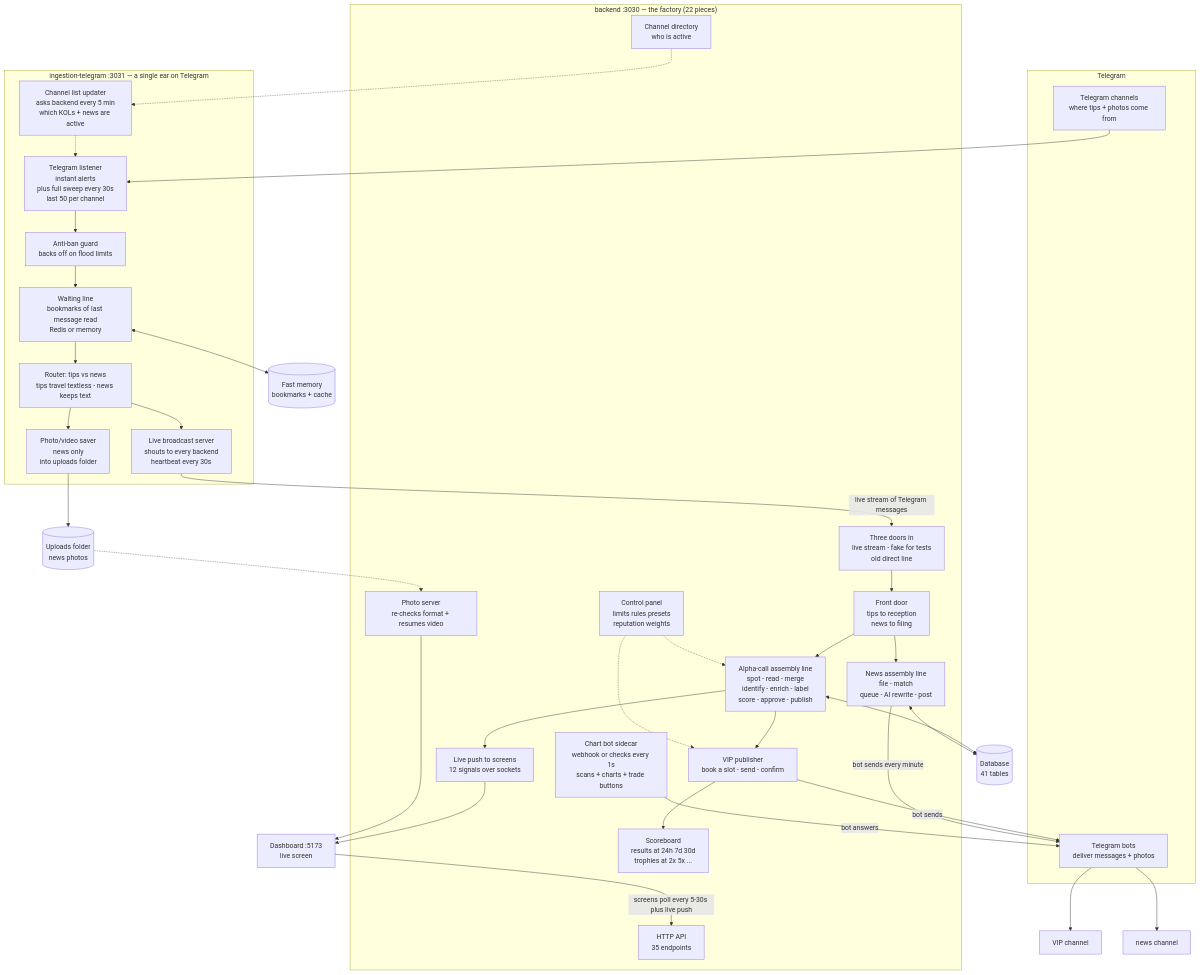
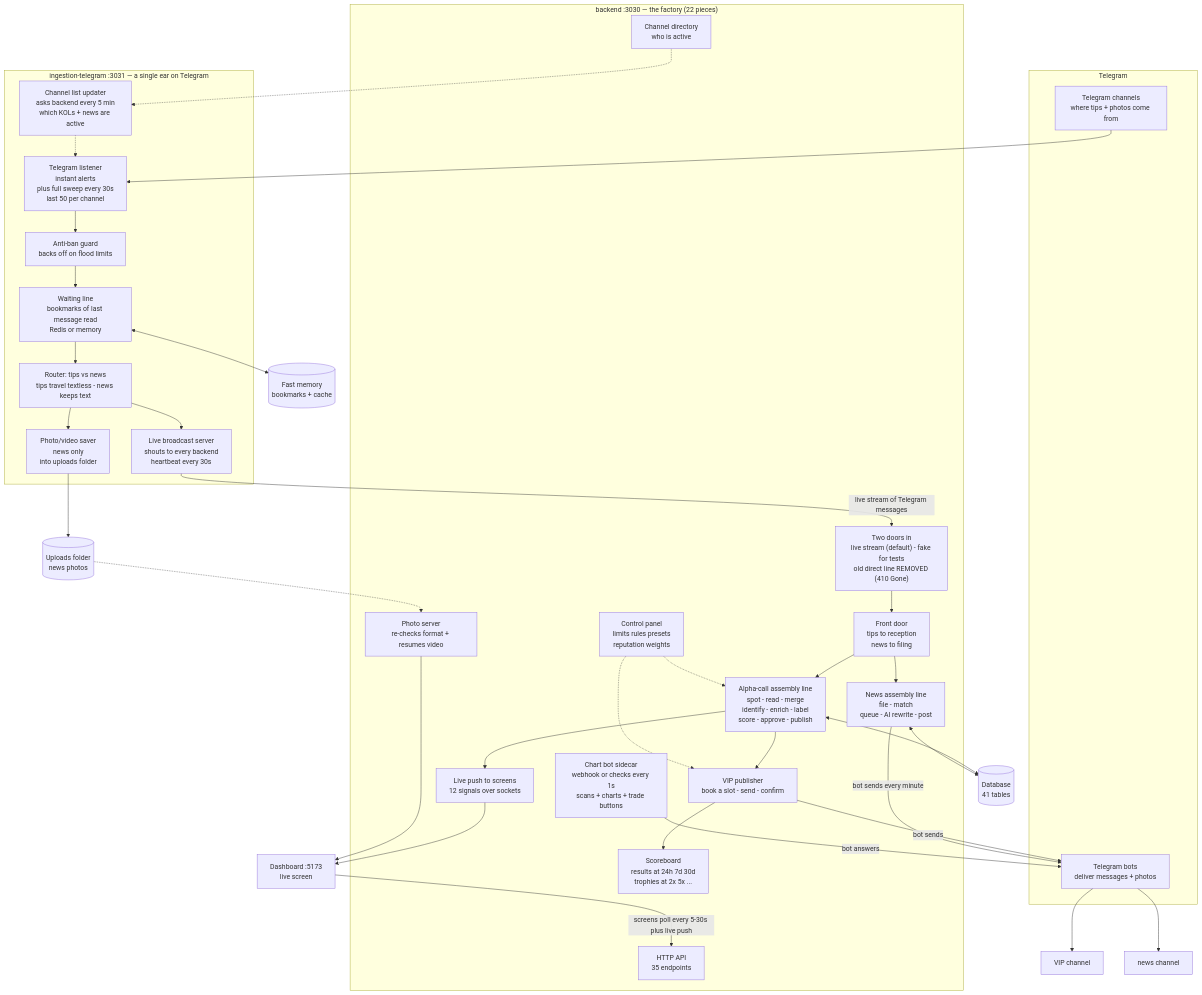
Before and after one commit to bryanstevensacosta/onchain-bot: the first of 5 diagrams in README.md, drawn with Mermaid. The commit also changed other lines of this file and 5 other files, not shown here.

Commit message:
feat(ingestion): default SSE y MTProto a 410 Gone

````diff
--- a/README.md
+++ b/README.md
@@ -89,59 +89,59 @@
 ```mermaid
 flowchart TB
     subgraph TG["Telegram"]
         MT["Telegram channels<br/>where tips + photos come from"]
         BOT["Telegram bots<br/>deliver messages + photos"]
     end
 
     subgraph ING["ingestion-telegram :3031 — a single ear on Telegram"]
         CHPROV["Channel list updater<br/>asks backend every 5 min<br/>which KOLs + news are active"]
         LIS["Telegram listener<br/>instant alerts<br/>plus full sweep every 30s<br/>last 50 per channel"]
         SAFE["Anti-ban guard<br/>backs off on flood limits"]
         Q["Waiting line<br/>bookmarks of last message read<br/>Redis or memory"]
         COORD["Router: tips vs news<br/>tips travel textless - news keeps text"]
         MEDIA["Photo/video saver<br/>news only<br/>into uploads folder"]
         SSE["Live broadcast server<br/>shouts to every backend<br/>heartbeat every 30s"]
     end
 
     subgraph BE["backend :3030 — the factory (22 pieces)"]
-        MODE["Three doors in<br/>live stream - fake for tests<br/>old direct line"]
+        MODE["Two doors in<br/>live stream (default) - fake for tests<br/>old direct line REMOVED (410 Gone)"]
         ICOORD["Front door<br/>tips to reception<br/>news to filing"]
         PIPE["Alpha-call assembly line<br/>spot - read - merge<br/>identify - enrich - label<br/>score - approve - publish"]
         NEWSP["News assembly line<br/>file - match<br/>queue - AI rewrite - post"]
         PUBL["VIP publisher<br/>book a slot - send - confirm"]
         TRK["Scoreboard<br/>results at 24h 7d 30d<br/>trophies at 2x 5x ..."]
         DEX["Chart bot sidecar<br/>webhook or checks every 1s<br/>scans + charts + trade buttons"]
         WS["Live push to screens<br/>12 signals over sockets"]
         CFG["Control panel<br/>limits rules presets<br/>reputation weights"]
         IDS["Channel directory<br/>who is active"]
         MSRV["Photo server<br/>re-checks format + resumes video"]
         API["HTTP API<br/>35 endpoints"]
     end
 
     DB[(Database<br/>41 tables)]
     REDIS[(Fast memory<br/>bookmarks + cache)]
     UPL[(Uploads folder<br/>news photos)]
     FE["Dashboard :5173<br/>live screen"]
 
     MT --> LIS
     LIS --> SAFE --> Q --> COORD
     COORD --> MEDIA --> UPL
     COORD --> SSE
     CHPROV -.-> LIS
     IDS -.-> CHPROV
     SSE -- "live stream of Telegram messages" --> MODE --> ICOORD
     ICOORD --> PIPE --> PUBL
     ICOORD --> NEWSP
     PUBL --> TRK
     CFG -.-> PIPE
     CFG -.-> PUBL
     PIPE --> WS --> FE
     PUBL -- "bot sends" --> BOT --> VIP["VIP channel"]
     NEWSP -- "bot sends every minute" --> BOT --> NCH["news channel"]
     DEX -- "bot answers" --> BOT
     PIPE <--> DB
     NEWSP <--> DB
     Q <--> REDIS
     UPL -.-> MSRV --> FE
     FE -- "screens poll every 5-30s plus live push" --> API
 ```
````
